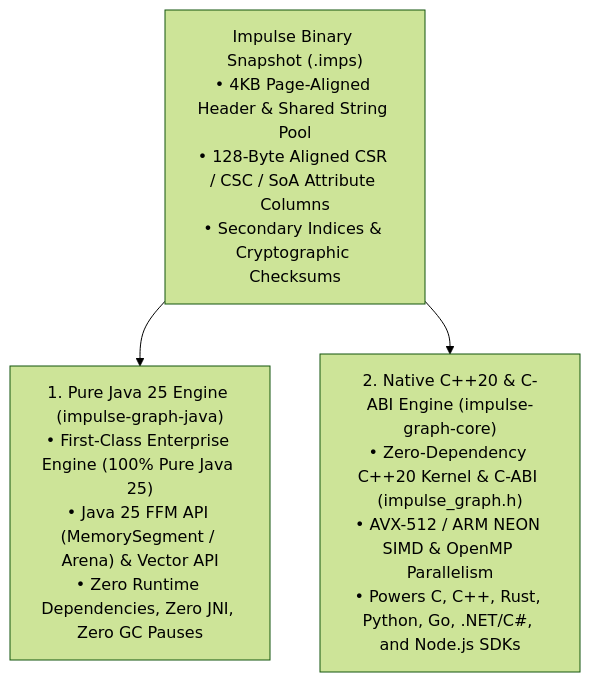
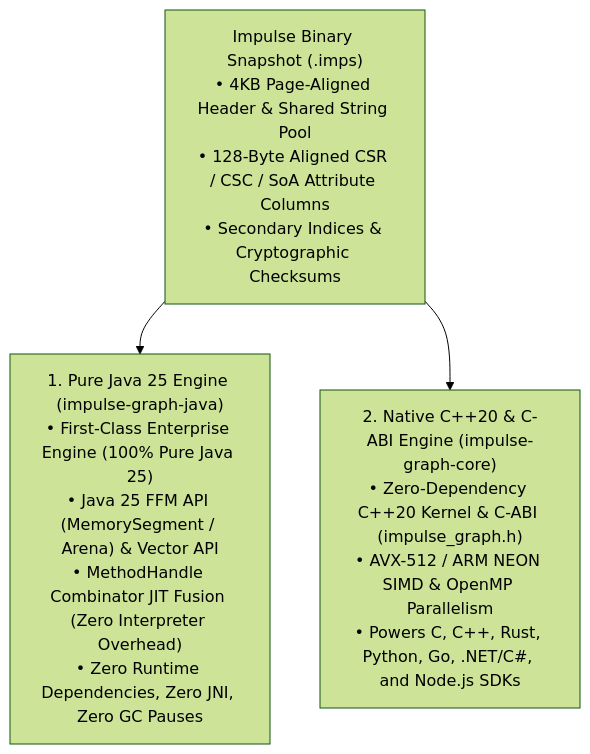
One commit to impulse-graph/impulse-website changed the diagram in docs/index.md. Above: the diagram before and after it, drawn with Mermaid (forest theme). The commit also changed other lines of this file and 4 other files, not shown here.

Commit message:
docs: highlight read-only traversal focus, Lua VM inspiration, and Java 25 MethodHandle JIT

````diff
--- a/docs/index.md
+++ b/docs/index.md
@@ -30,7 +30,7 @@
 ```mermaid
 flowchart TD
     IMPS["Impulse Binary Snapshot (.imps)\n• 4KB Page-Aligned Header & Shared String Pool\n• 128-Byte Aligned CSR / CSC / SoA Attribute Columns\n• Secondary Indices & Cryptographic Checksums"]
 
-    IMPS --> JAVA["1. Pure Java 25 Engine (impulse-graph-java)\n• First-Class Enterprise Engine (100% Pure Java 25)\n• Java 25 FFM API (MemorySegment / Arena) & Vector API\n• Zero Runtime Dependencies, Zero JNI, Zero GC Pauses"]
+    IMPS --> JAVA["1. Pure Java 25 Engine (impulse-graph-java)\n• First-Class Enterprise Engine (100% Pure Java 25)\n• Java 25 FFM API (MemorySegment / Arena) & Vector API\n• MethodHandle Combinator JIT Fusion (Zero Interpreter Overhead)\n• Zero Runtime Dependencies, Zero JNI, Zero GC Pauses"]
     IMPS --> CABI["2. Native C++20 & C-ABI Engine (impulse-graph-core)\n• Zero-Dependency C++20 Kernel & C-ABI (impulse_graph.h)\n• AVX-512 / ARM NEON SIMD & OpenMP Parallelism\n• Powers C, C++, Rust, Python, Go, .NET/C#, and Node.js SDKs"]
 ```
````
